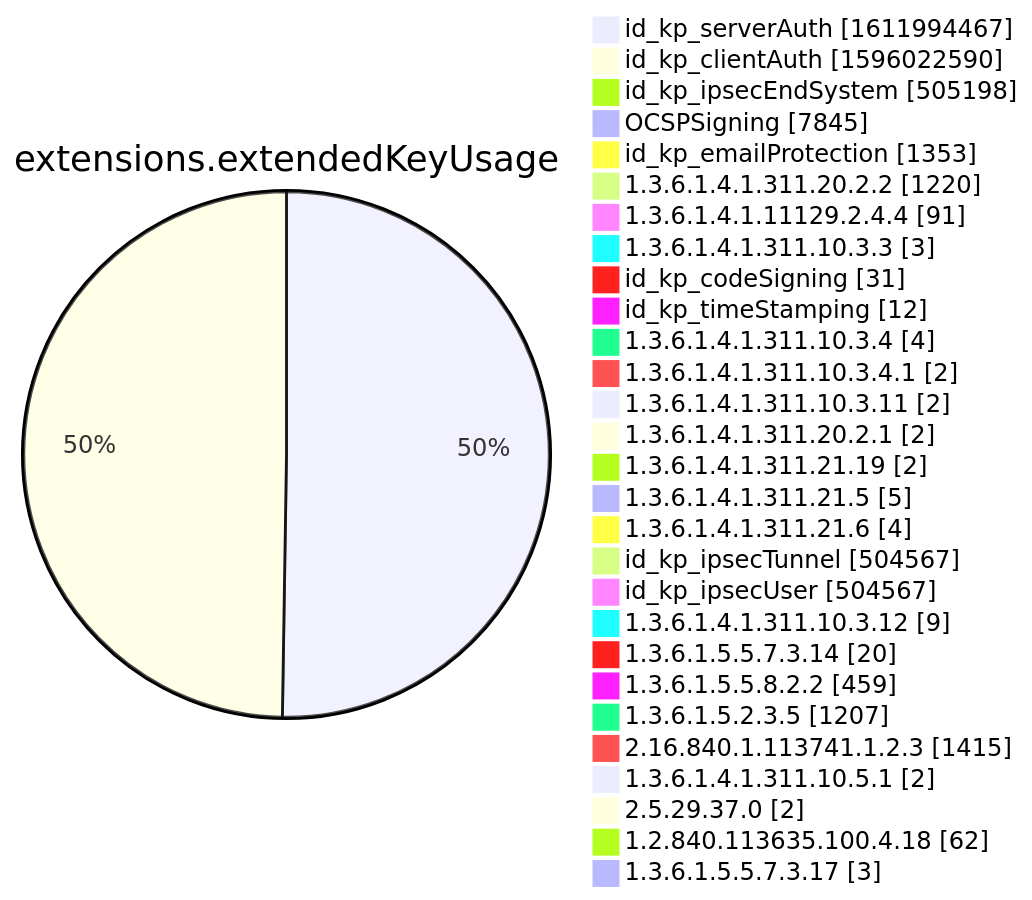
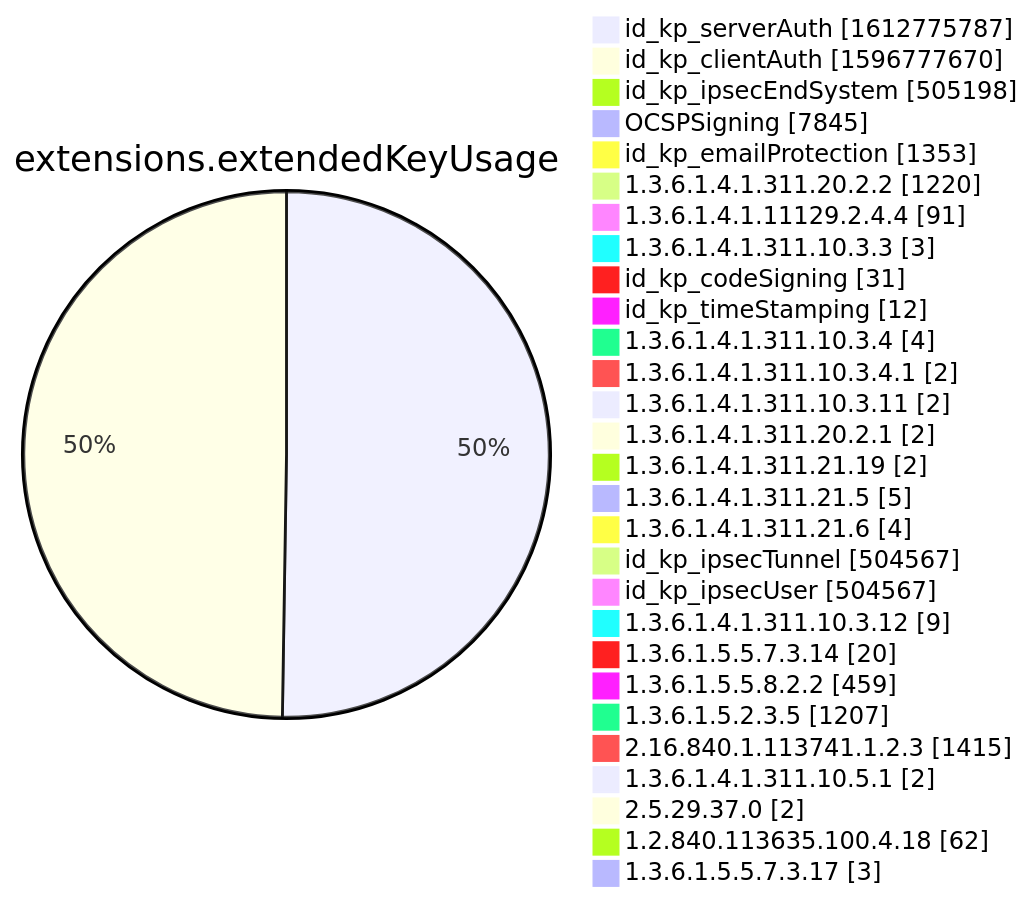
Before and after one commit to christiankrug/ctmonitor_visualization: diagram 12 of 15 in xenon2022/README.md, drawn with Mermaid. The commit also changed other lines of this file, not shown here.

````diff
--- a/xenon2022/README.md
+++ b/xenon2022/README.md
@@ -3885,32 +3885,32 @@
 ```mermaid
 pie showData
 title extensions.extendedKeyUsage
-"id_kp_serverAuth" :1611994467
-"id_kp_clientAuth" :1596022590
+"id_kp_serverAuth" :1612775787
+"id_kp_clientAuth" :1596777670
 "id_kp_ipsecEndSystem" :505198
 "OCSPSigning" :7845
 "id_kp_emailProtection" :1353
 "1.3.6.1.4.1.311.20.2.2" :1220
 "1.3.6.1.4.1.11129.2.4.4" :91
 "1.3.6.1.4.1.311.10.3.3" :3
 "id_kp_codeSigning" :31
 "id_kp_timeStamping" :12
 "1.3.6.1.4.1.311.10.3.4" :4
 "1.3.6.1.4.1.311.10.3.4.1" :2
 "1.3.6.1.4.1.311.10.3.11" :2
 "1.3.6.1.4.1.311.20.2.1" :2
 "1.3.6.1.4.1.311.21.19" :2
 "1.3.6.1.4.1.311.21.5" :5
 "1.3.6.1.4.1.311.21.6" :4
 "id_kp_ipsecTunnel" :504567
 "id_kp_ipsecUser" :504567
 "1.3.6.1.4.1.311.10.3.12" :9
 "1.3.6.1.5.5.7.3.14" :20
 "1.3.6.1.5.5.8.2.2" :459
 "1.3.6.1.5.2.3.5" :1207
 "2.16.840.1.113741.1.2.3" :1415
 "1.3.6.1.4.1.311.10.5.1" :2
 "2.5.29.37.0" :2
 "1.2.840.113635.100.4.18" :62
 "1.3.6.1.5.5.7.3.17" :3
 ```
````
